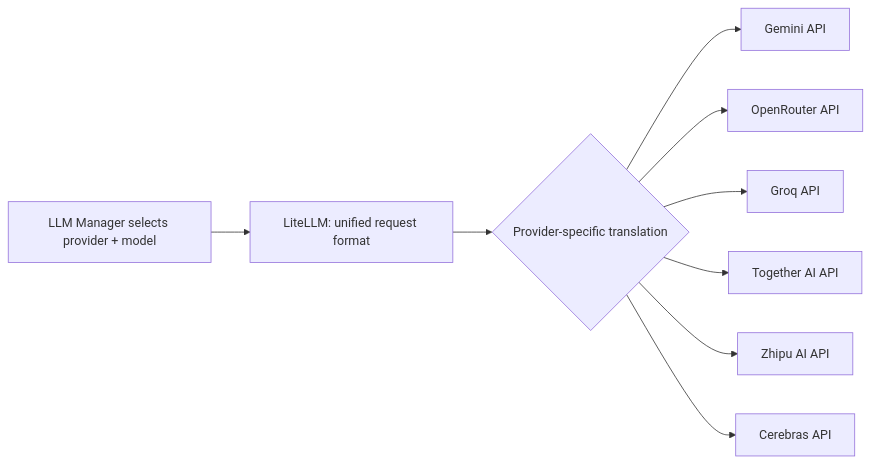
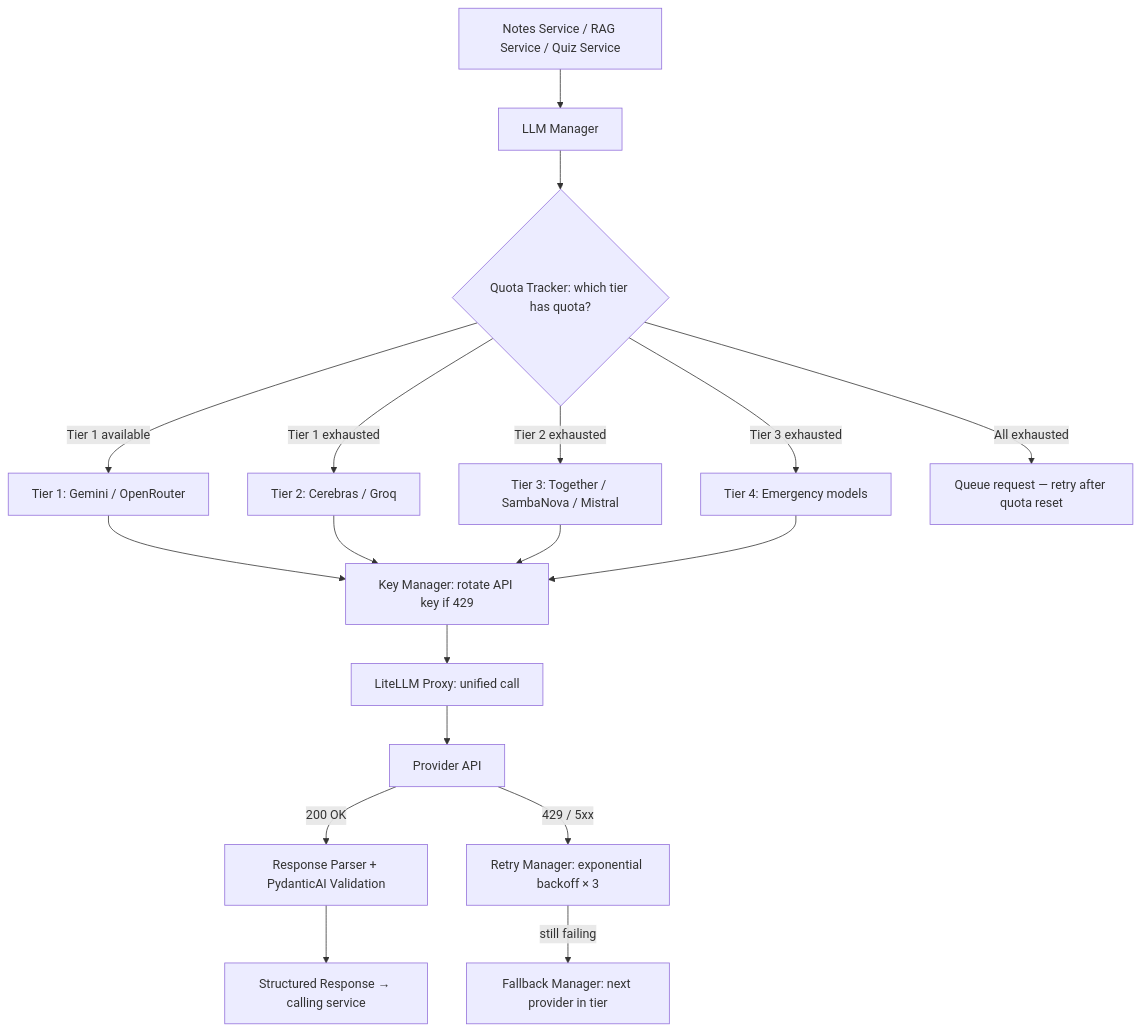
Diagram 13 of 22 in docs/2.SECOND_HALF.md (Meetvirugama/EduScribe-AI), drawn with Mermaid before and after one commit. The commit also changed other lines of this file, not shown here.

````diff
--- a/docs/2.SECOND_HALF.md
+++ b/docs/2.SECOND_HALF.md
@@ -929,11 +926,17 @@
 ```mermaid
-flowchart LR
-    A[LLM Manager selects provider + model] --> B[LiteLLM: unified request format]
-    B --> C{Provider-specific translation}
-    C --> D[Gemini API]
-    C --> E[OpenRouter API]
-    C --> F[Groq API]
-    C --> G[Together AI API]
-    C --> H[Zhipu AI API]
-    C --> I[Cerebras API]
+flowchart TD
+    A[Notes Service / RAG Service / Quiz Service] --> B[LLM Manager]
+    B --> C{Quota Tracker: which tier has quota?}
+    C -->|Tier 1 available| D[Tier 1: Gemini / OpenRouter]
+    C -->|Tier 1 exhausted| E[Tier 2: Cerebras / Groq]
+    C -->|Tier 2 exhausted| F[Tier 3: Together / SambaNova / Mistral]
+    C -->|Tier 3 exhausted| G[Tier 4: Emergency models]
+    C -->|All exhausted| H[Queue request — retry after quota reset]
+    D & E & F & G --> I[Key Manager: rotate API key if 429]
+    I --> J[LiteLLM Proxy: unified call]
+    J --> K[Provider API]
+    K -->|200 OK| L[Response Parser + PydanticAI Validation]
+    K -->|429 / 5xx| M[Retry Manager: exponential backoff × 3]
+    M -->|still failing| N[Fallback Manager: next provider in tier]
+    L --> O[Structured Response → calling service]
 ```
````
